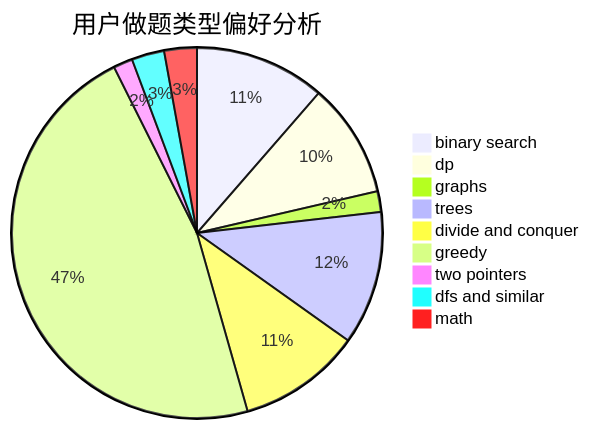
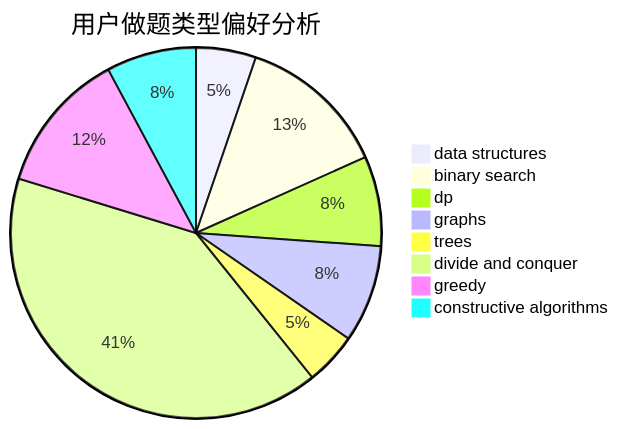
Before and after one commit to sherpahu/cfrs.github.io: the second of 3 diagrams in docs/user/u1050.md, drawn with Mermaid. The commit also changed other lines of this file and 2775 other files, not shown here.

````diff
--- a/docs/user/u1050.md
+++ b/docs/user/u1050.md
@@ -23,12 +23,11 @@
 ```mermaid
 pie title 用户做题类型偏好分析
-    "binary search" :  88
-    "dp" :  77
-    "graphs" :  14
-    "trees" :  90
-    "divide and conquer" :  83
-    "greedy" :  363
-    "two pointers" :  13
-    "dfs and similar" :  22
-    "math" :  22
+    "data structures" :  8
+    "binary search" :  20
+    "dp" :  12
+    "graphs" :  13
+    "trees" :  7
+    "divide and conquer" :  62
+    "greedy" :  19
+    "constructive algorithms" :  12
 ```
````
